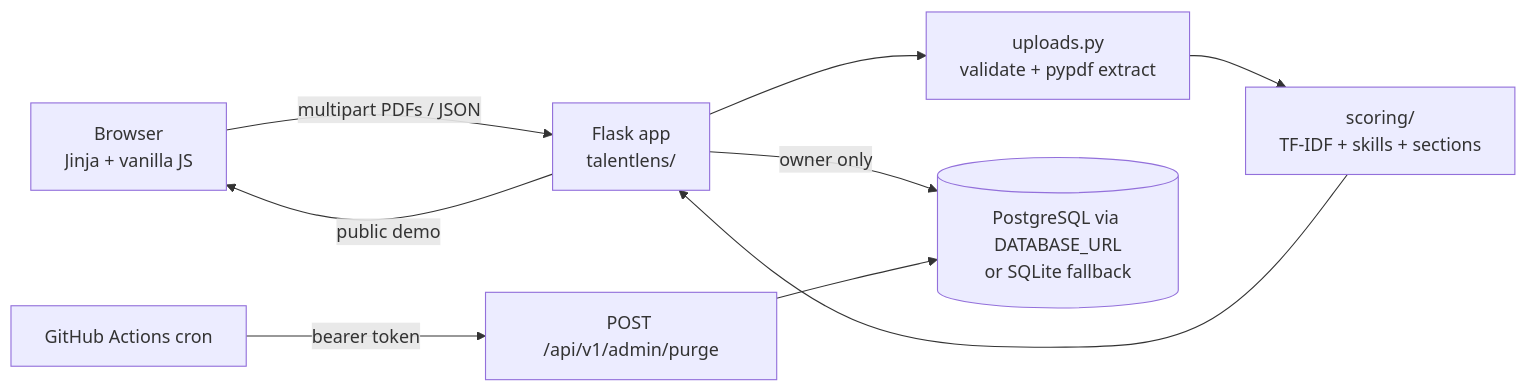
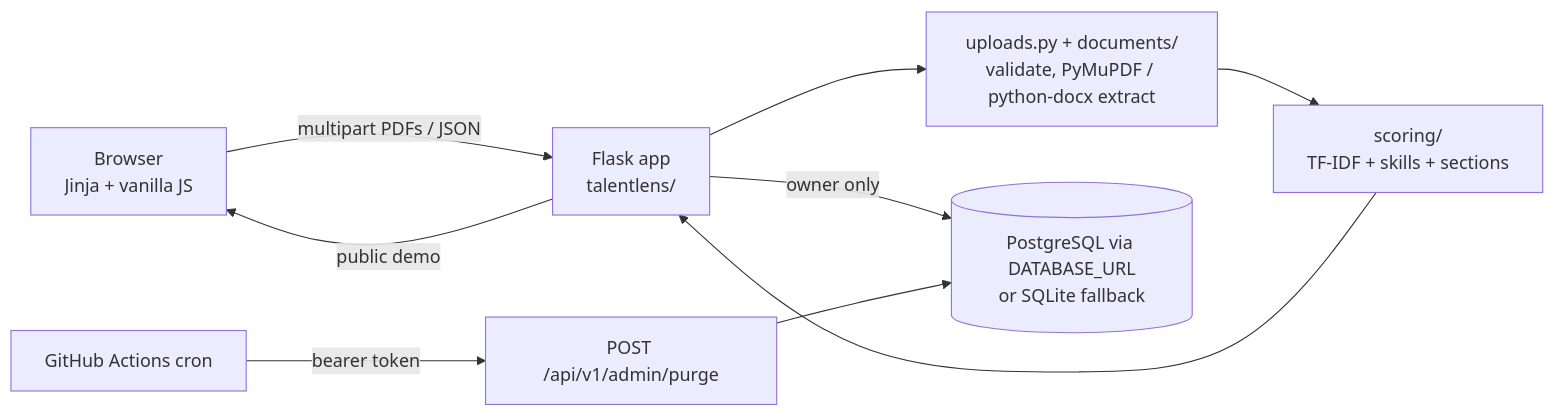
Before and after one commit to gagan76565/ai-resume-ranker: the diagram in README.md, drawn with Mermaid. The commit also changed other lines of this file and 11 other files, not shown here.

First line of the commit message:
feat(documents): PyMuPDF + DOCX pipeline, quality grading, structured profile

````diff
--- a/README.md
+++ b/README.md
@@ -61,11 +61,11 @@
 ```mermaid
 flowchart LR
   B[Browser<br/>Jinja + vanilla JS] -- multipart PDFs / JSON --> F[Flask app<br/>talentlens/]
-  F --> U[uploads.py<br/>validate + pypdf extract]
+  F --> U[uploads.py + documents/<br/>validate, PyMuPDF / python-docx extract]
   U --> S[scoring/<br/>TF-IDF + skills + sections]
   S --> F
   F -- owner only --> D[(PostgreSQL via DATABASE_URL<br/>or SQLite fallback)]
   F -- public demo --> B
   C[GitHub Actions cron] -- bearer token --> P["POST /api/v1/admin/purge"]
   P --> D
 ```
````
